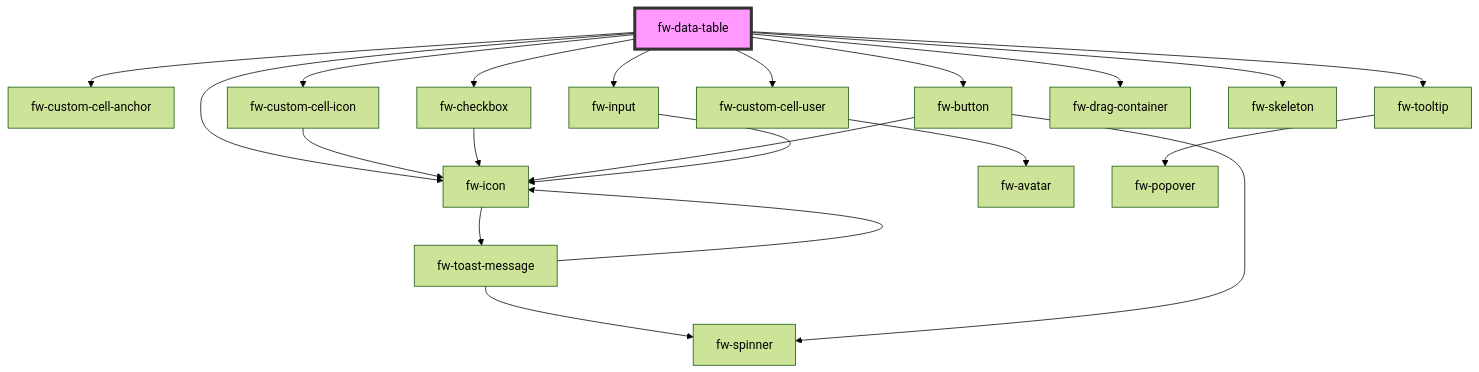
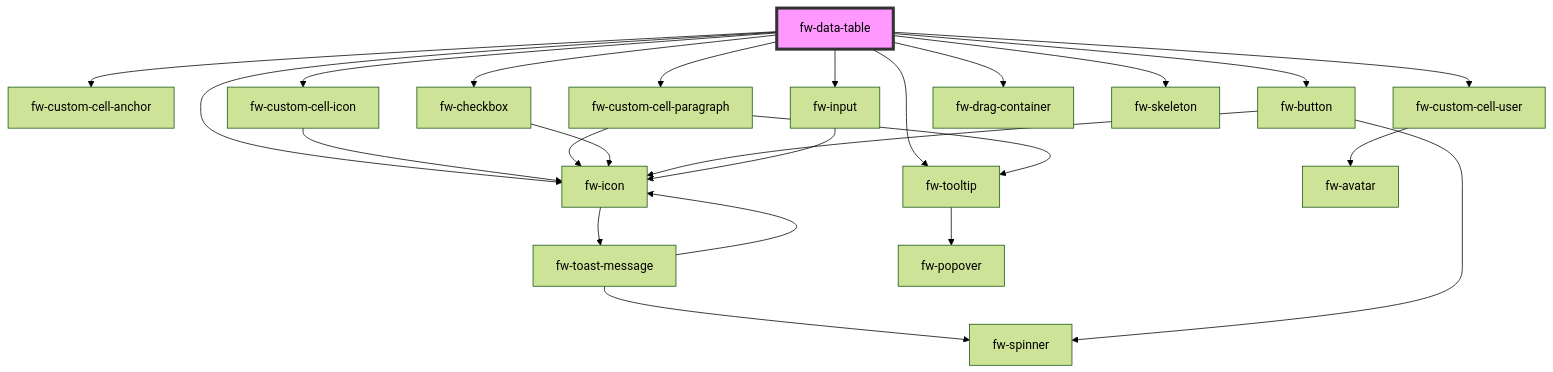
Before and after one commit to freshworks/crayons: the diagram in packages/crayons-core/src/components/data-table/readme.md, drawn with Mermaid (forest theme). The commit also changed other lines of this file and 8 other files, not shown here.

Commit message:
feat(data-table): adding paragraph vairant for custom table cell

````diff
--- a/packages/crayons-core/src/components/data-table/readme.md
+++ b/packages/crayons-core/src/components/data-table/readme.md
@@ -1879,24 +1992,27 @@
 ```mermaid
 graph TD;
   fw-data-table --> fw-custom-cell-anchor
   fw-data-table --> fw-custom-cell-user
   fw-data-table --> fw-custom-cell-icon
+  fw-data-table --> fw-custom-cell-paragraph
   fw-data-table --> fw-checkbox
   fw-data-table --> fw-tooltip
   fw-data-table --> fw-button
   fw-data-table --> fw-icon
   fw-data-table --> fw-input
   fw-data-table --> fw-drag-container
   fw-data-table --> fw-skeleton
   fw-custom-cell-user --> fw-avatar
   fw-custom-cell-icon --> fw-icon
   fw-icon --> fw-toast-message
   fw-toast-message --> fw-spinner
   fw-toast-message --> fw-icon
+  fw-custom-cell-paragraph --> fw-tooltip
+  fw-custom-cell-paragraph --> fw-icon
+  fw-tooltip --> fw-popover
   fw-checkbox --> fw-icon
-  fw-tooltip --> fw-popover
   fw-button --> fw-spinner
   fw-button --> fw-icon
   fw-input --> fw-icon
   style fw-data-table fill:#f9f,stroke:#333,stroke-width:4px
 ```
````
